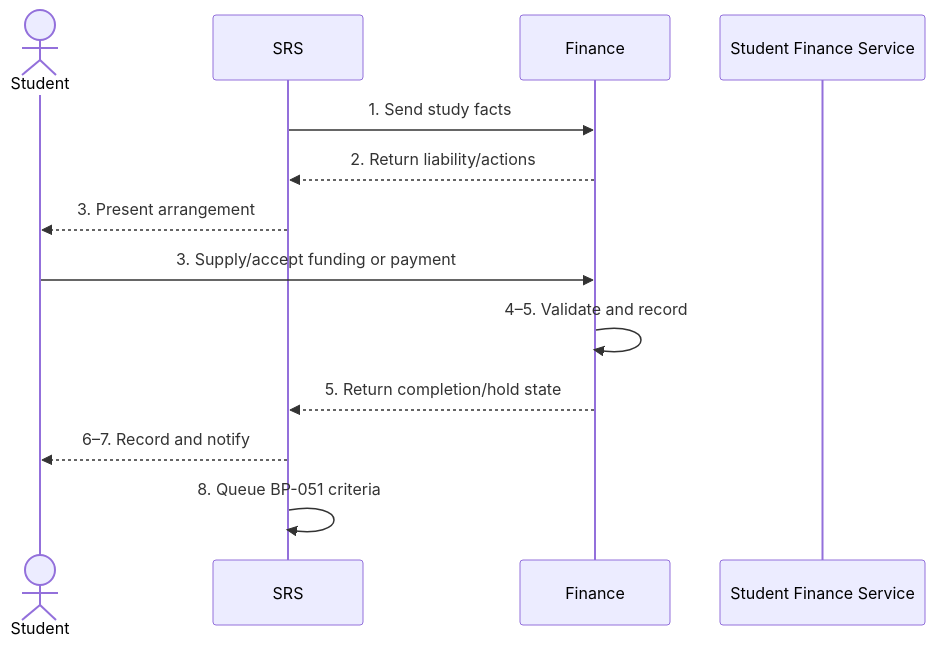
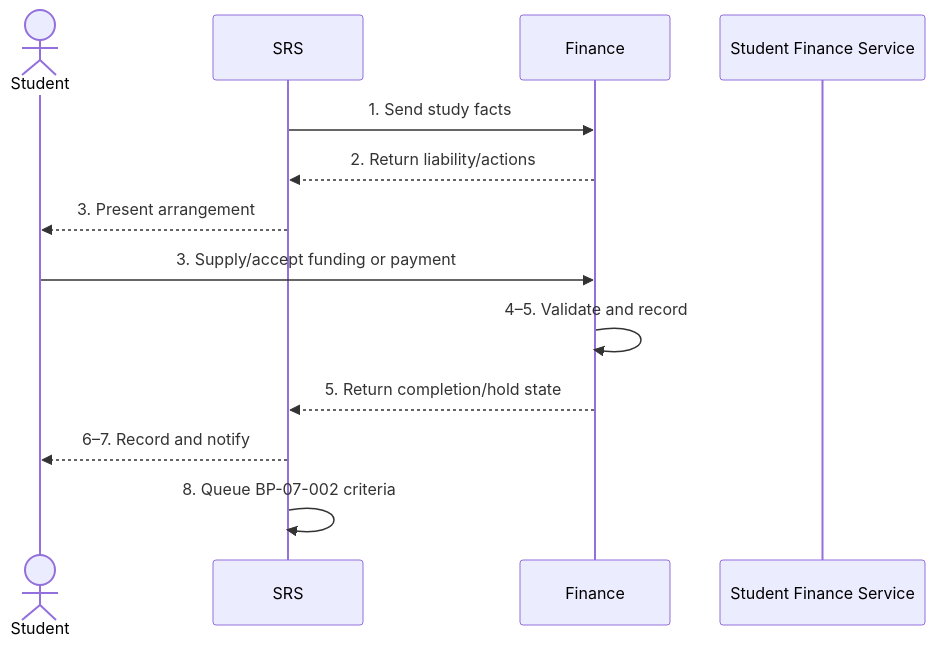
The diagram in docs/business-processes/02-registration-and-student-status/bp-02-004-complete-financial-registration.md (RevelationCore/Revelation-SRS), drawn with Mermaid before and after one commit. The commit also changed other lines of this file and 96 other files, not shown here.

````diff
--- a/docs/business-processes/02-registration-and-student-status/bp-02-004-complete-financial-registration.md
+++ b/docs/business-processes/02-registration-and-student-status/bp-02-004-complete-financial-registration.md
@@ -166,15 +166,15 @@
 ```mermaid
 sequenceDiagram
     actor Student
     participant SRS
     participant Finance
     participant SLC as Student Finance Service
     SRS->>Finance: 1. Send study facts
     Finance-->>SRS: 2. Return liability/actions
     SRS-->>Student: 3. Present arrangement
     Student->>Finance: 3. Supply/accept funding or payment
     Finance->>Finance: 4–5. Validate and record
     Finance-->>SRS: 5. Return completion/hold state
     SRS-->>Student: 6–7. Record and notify
-    SRS->>SRS: 8. Queue BP-051 criteria
+    SRS->>SRS: 8. Queue BP-07-002 criteria
 ```
````
